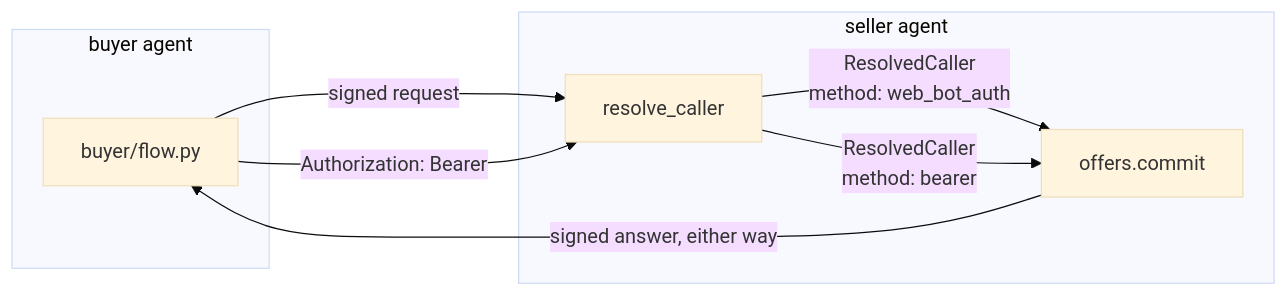
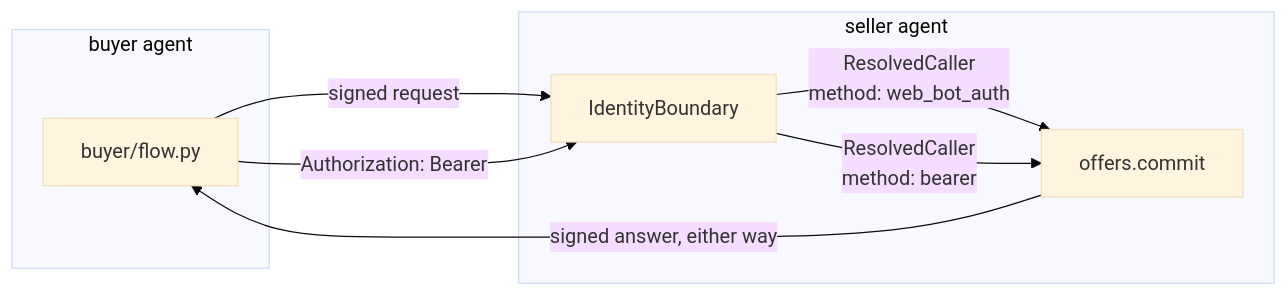
Before and after one commit to KonstantinMirin/openproposal-web-bot-auth: the third of 7 diagrams in README.md, drawn with Mermaid (base theme). The commit also changed other lines of this file and 39 other files, not shown here.

````diff
--- a/README.md
+++ b/README.md
@@ -122,13 +129,13 @@
 ```mermaid
 flowchart LR
     subgraph buyer[buyer agent]
         F[buyer/flow.py]
     end
     F -- "signed request" --> RC
     F -- "Authorization: Bearer" --> RC
     subgraph seller[seller agent]
-        RC[resolve_caller] -- "ResolvedCaller<br/>method: web_bot_auth" --> O[offers.commit]
+        RC[IdentityBoundary] -- "ResolvedCaller<br/>method: web_bot_auth" --> O[offers.commit]
         RC -- "ResolvedCaller<br/>method: bearer" --> O
     end
     O -- "signed answer, either way" --> F
 ```
````
